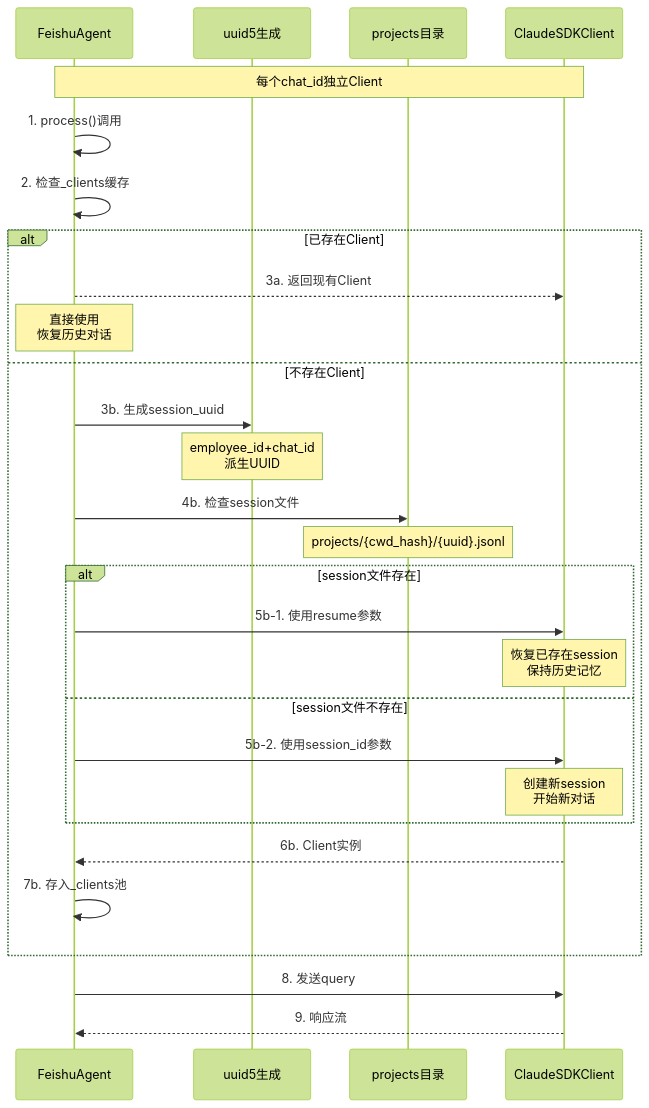
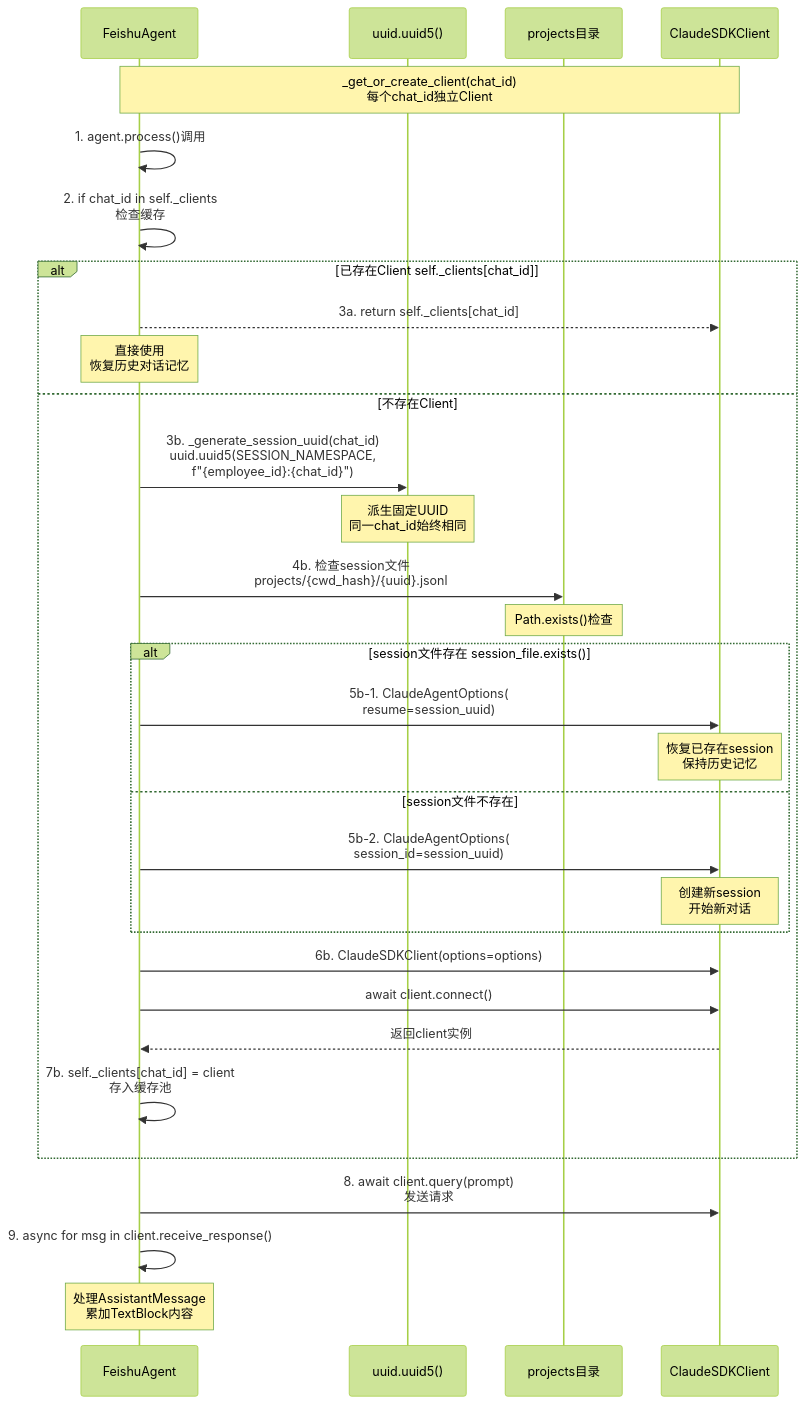
Before and after one commit to xiaocaipi/mm-doc: the sixth of 8 diagrams in agent/code_flow_analysis_feishu_agent_deep.md, drawn with Mermaid (forest theme). The commit also changed other lines of this file, not shown here.

````diff
--- a/agent/code_flow_analysis_feishu_agent_deep.md
+++ b/agent/code_flow_analysis_feishu_agent_deep.md
@@ -225,36 +225,39 @@
 ```mermaid
 sequenceDiagram
     participant Agent as FeishuAgent
-    participant UUID as uuid5生成
+    participant UUID as uuid.uuid5()
     participant Dir as projects目录
     participant SDK as ClaudeSDKClient
     
-    Note over Agent,SDK: 每个chat_id独立Client
+    Note over Agent,SDK: _get_or_create_client(chat_id)<br/>每个chat_id独立Client
     
-    Agent->>Agent: 1. process()调用
-    Agent->>Agent: 2. 检查_clients缓存
+    Agent->>Agent: 1. agent.process()调用
+    Agent->>Agent: 2. if chat_id in self._clients<br/>检查缓存
     
-    alt 已存在Client
-        Agent-->>SDK: 3a. 返回现有Client
-        Note over Agent: 直接使用<br/>恢复历史对话
+    alt 已存在Client self._clients[chat_id]
+        Agent-->>SDK: 3a. return self._clients[chat_id]
+        Note over Agent: 直接使用<br/>恢复历史对话记忆
     else 不存在Client
-        Agent->>UUID: 3b. 生成session_uuid
-        Note over UUID: employee_id+chat_id<br/>派生UUID
-        Agent->>Dir: 4b. 检查session文件
-        Note over Dir: projects/{cwd_hash}/{uuid}.jsonl
+        Agent->>UUID: 3b. _generate_session_uuid(chat_id)<br/>uuid.uuid5(SESSION_NAMESPACE,<br/>f"{employee_id}:{chat_id}")
+        Note over UUID: 派生固定UUID<br/>同一chat_id始终相同
+        Agent->>Dir: 4b. 检查session文件<br/>projects/{cwd_hash}/{uuid}.jsonl
+        Note over Dir: Path.exists()检查
         
-        alt session文件存在
-            Agent->>SDK: 5b-1. 使用resume参数
+        alt session文件存在 session_file.exists()
+            Agent->>SDK: 5b-1. ClaudeAgentOptions(<br/>resume=session_uuid)
             Note over SDK: 恢复已存在session<br/>保持历史记忆
         else session文件不存在
-            Agent->>SDK: 5b-2. 使用session_id参数
+            Agent->>SDK: 5b-2. ClaudeAgentOptions(<br/>session_id=session_uuid)
             Note over SDK: 创建新session<br/>开始新对话
         end
         
-        SDK-->>Agent: 6b. Client实例
-        Agent->>Agent: 7b. 存入_clients池
+        Agent->>SDK: 6b. ClaudeSDKClient(options=options)
+        Agent->>SDK: await client.connect()
+        SDK-->>Agent: 返回client实例
+        Agent->>Agent: 7b. self._clients[chat_id] = client<br/>存入缓存池
     end
     
-    Agent->>SDK: 8. 发送query
-    SDK-->>Agent: 9. 响应流
+    Agent->>SDK: 8. await client.query(prompt)<br/>发送请求
+    Agent->>Agent: 9. async for msg in client.receive_response()
+    Note over Agent: 处理AssistantMessage<br/>累加TextBlock内容
 ```
````
